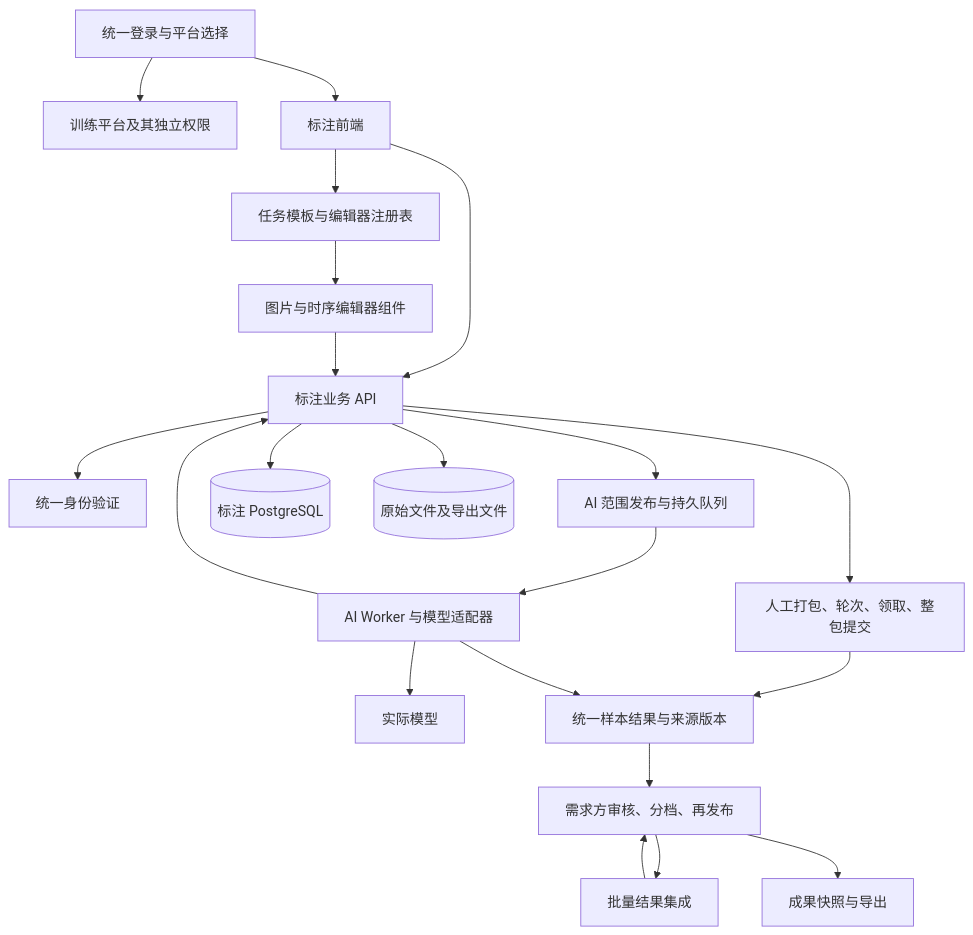
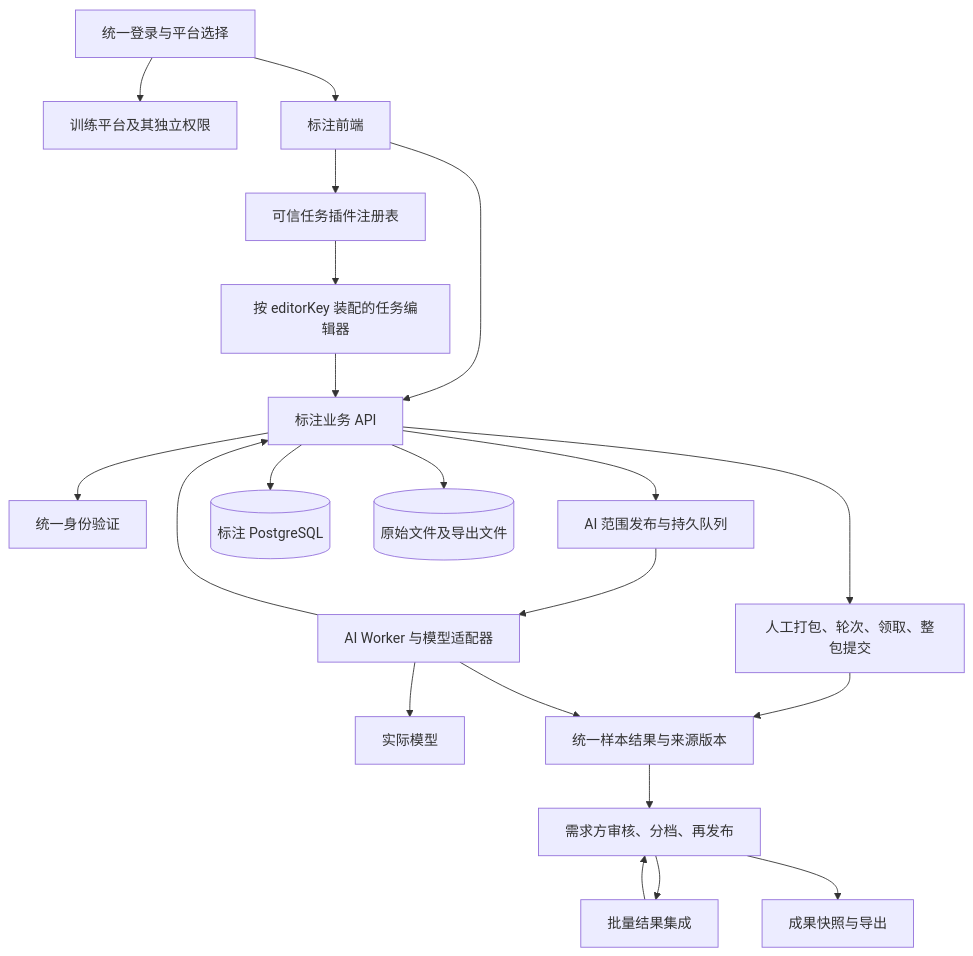
Before and after one commit to tssai-lab/tss-data-labeling: the diagram in docs/labeling-v1.1/02-architecture.md, drawn with Mermaid. The commit also changed other lines of this file and 9 other files, not shown here.

````diff
--- a/docs/labeling-v1.1/02-architecture.md
+++ b/docs/labeling-v1.1/02-architecture.md
@@ -9,23 +9,23 @@
 ```mermaid
 flowchart TB
     U[统一登录与平台选择] --> T[训练平台及其独立权限]
     U --> F[标注前端]
-    F --> K[任务模板与编辑器注册表]
-    K --> E[图片与时序编辑器组件]
+    F --> K[可信任务插件注册表]
+    K --> E[按 editorKey 装配的任务编辑器]
     F --> B[标注业务 API]
     E --> B
     B --> I[统一身份验证]
     B --> P[人工打包、轮次、领取、整包提交]
     B --> A[AI 范围发布与持久队列]
     A --> W[AI Worker 与模型适配器]
     W --> M[实际模型]
     P --> R[统一样本结果与来源版本]
     W --> R
     R --> V[需求方审核、分档、再发布]
     V --> G[批量结果集成]
     G --> V
     V --> X[成果快照与导出]
     B --> DB[(标注 PostgreSQL)]
     W --> B
     B --> S[(原始文件及导出文件)]
 ```
````
